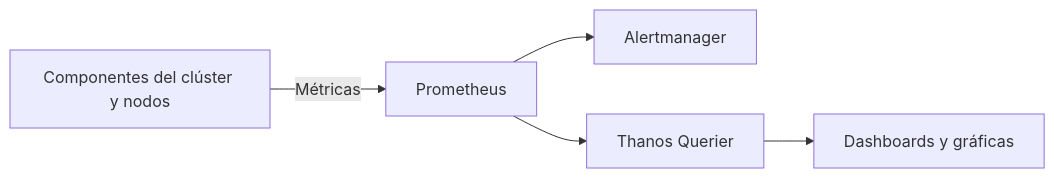
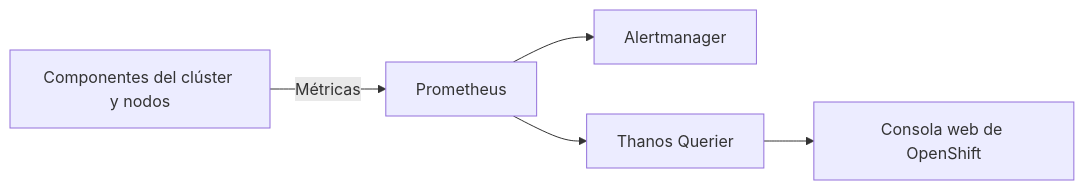
One commit to ieftraining/curso-openshift changed the first of 3 diagrams in docs/sesion3/3.1 Metricas y cuadros de mando.md. Above: the diagram before and after it, drawn with Mermaid. The commit also changed other lines of this file, not shown here.

````diff
--- a/docs/sesion3/3.1 Metricas y cuadros de mando.md
+++ b/docs/sesion3/3.1 Metricas y cuadros de mando.md
@@ -29,10 +30,10 @@
 ```mermaid
 flowchart LR
     A[Componentes del clúster y nodos]
     -->|Métricas| B[Prometheus]
 
     B --> C[Alertmanager]
     B --> D[Thanos Querier]
 
-    D --> E[Dashboards y gráficas]
+    D --> E[Consola web de OpenShift]
 ```
````
